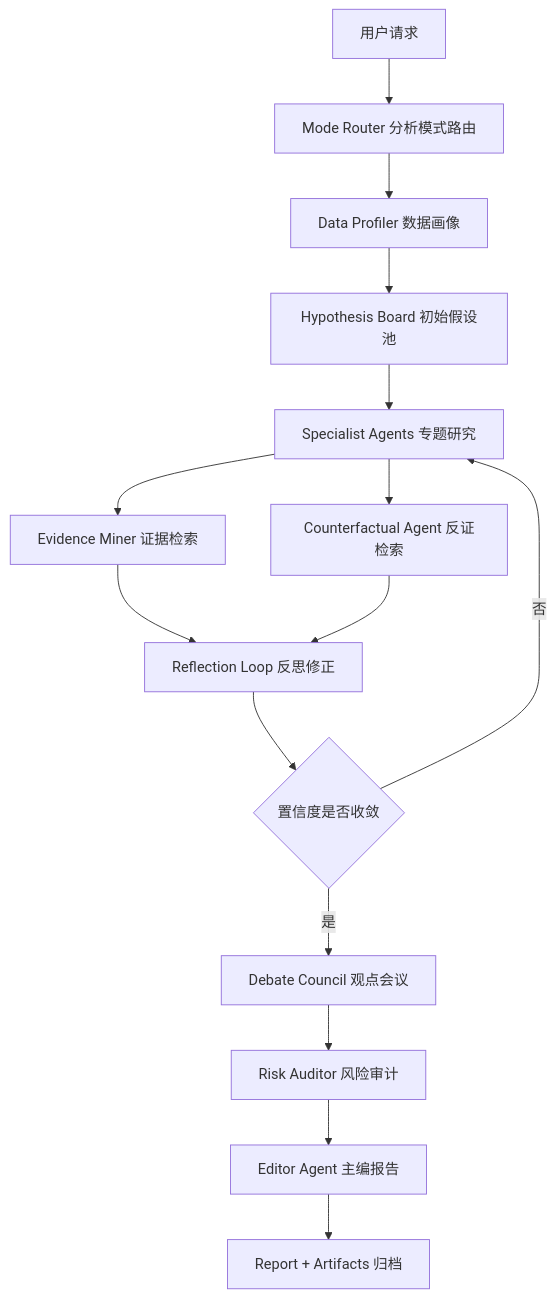
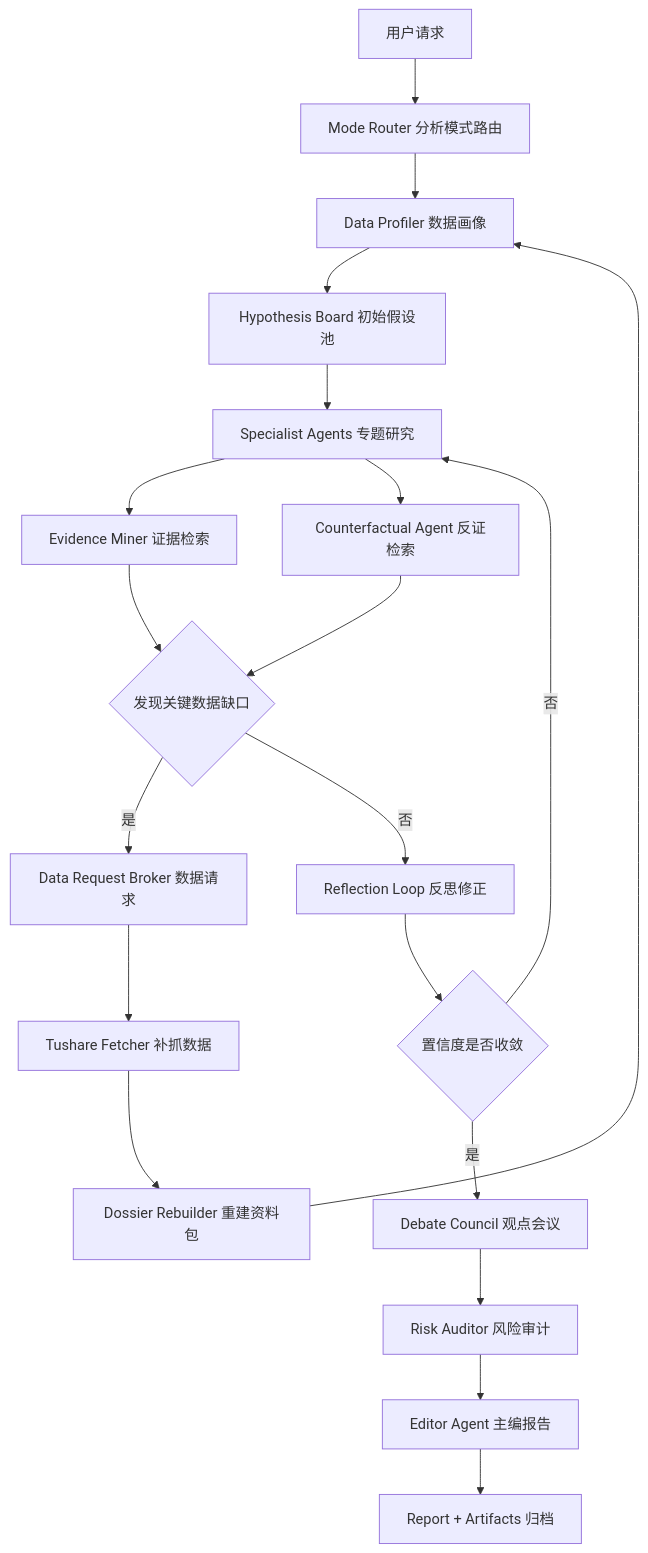
Before and after one commit to scybl/NewsAnalysis: the first of 5 diagrams in docs/multi_agent_analysis_architecture.md, drawn with Mermaid. The commit also changed other lines of this file and 7 other files, not shown here.

````diff
--- a/docs/multi_agent_analysis_architecture.md
+++ b/docs/multi_agent_analysis_architecture.md
@@ -25,17 +26,22 @@
 ```mermaid
 flowchart TD
   A["用户请求"] --> B["Mode Router 分析模式路由"]
   B --> C["Data Profiler 数据画像"]
   C --> D["Hypothesis Board 初始假设池"]
   D --> E["Specialist Agents 专题研究"]
   E --> F["Evidence Miner 证据检索"]
   E --> G["Counterfactual Agent 反证检索"]
-  F --> H["Reflection Loop 反思修正"]
-  G --> H
+  F --> N{"发现关键数据缺口"}
+  G --> N
+  N -- "是" --> O["Data Request Broker 数据请求"]
+  O --> P["Tushare Fetcher 补抓数据"]
+  P --> Q["Dossier Rebuilder 重建资料包"]
+  Q --> C
+  N -- "否" --> H["Reflection Loop 反思修正"]
   H --> I{"置信度是否收敛"}
   I -- "否" --> E
   I -- "是" --> J["Debate Council 观点会议"]
   J --> K["Risk Auditor 风险审计"]
   K --> L["Editor Agent 主编报告"]
   L --> M["Report + Artifacts 归档"]
 ```
````
